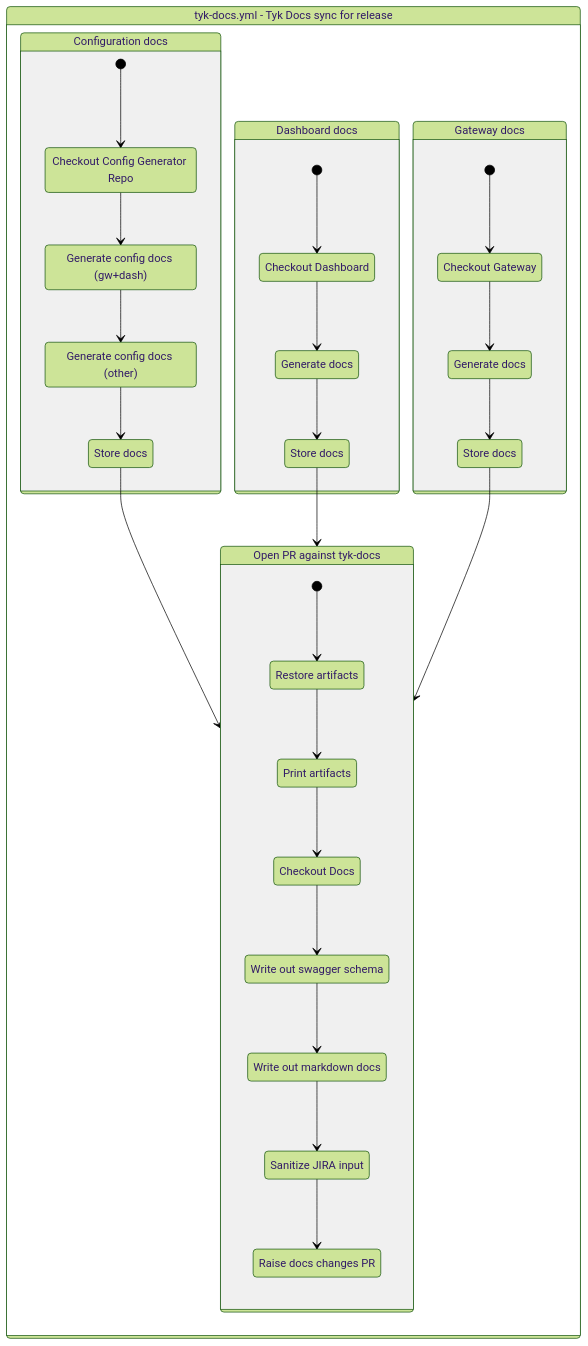
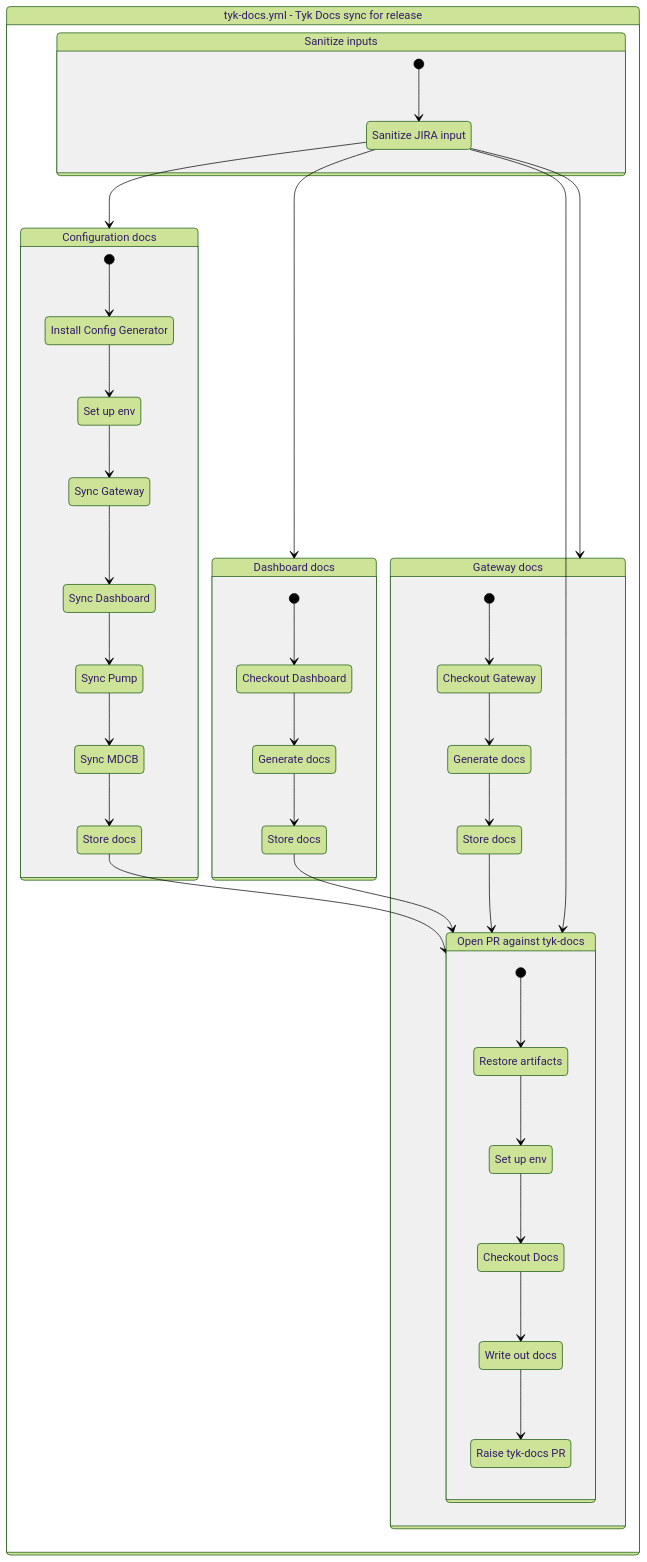
One commit to TykTechnologies/exp changed the diagram in docs/github-actions/exp/tyk-docs.yml.md. Above: the diagram before and after it, drawn with Mermaid (forest theme). The commit also changed 1 other file, not shown here.

Commit message:
Update tyk-docs workflow diagram

````diff
--- a/docs/github-actions/exp/tyk-docs.yml.md
+++ b/docs/github-actions/exp/tyk-docs.yml.md
@@ -3,58 +3,70 @@
 ```mermaid
 stateDiagram-v2
     workflow : tyk-docs.yml - Tyk Docs sync for release
     state workflow {
+        sanitize: Sanitize inputs
+        state sanitize {
+            [*] --> step0sanitize
+            step0sanitize : Sanitize JIRA input
+            step0sanitize --> configs
+            step0sanitize --> dashboard
+            step0sanitize --> finish
+            step0sanitize --> gateway
+        }
+
         configs: Configuration docs
         state configs {
             [*] --> step0configs
-            step0configs : Checkout Config Generator Repo
+            step0configs : Install Config Generator
             step0configs --> step1configs
-            step1configs : Generate config docs (gw+dash)
+            step1configs : Set up env
             step1configs --> step2configs
-            step2configs : Generate config docs (other)
+            step2configs : Sync Gateway
             step2configs --> step3configs
-            step3configs : Store docs
-            step3configs --> finish
+            step3configs : Sync Dashboard
+            step3configs --> step4configs
+            step4configs : Sync Pump
+            step4configs --> step5configs
+            step5configs : Sync MDCB
+            step5configs --> step6configs
+            step6configs : Store docs
+            step6configs --> finish
         }
 
         dashboard: Dashboard docs
         state dashboard {
             [*] --> step0dashboard
             step0dashboard : Checkout Dashboard
             step0dashboard --> step1dashboard
             step1dashboard : Generate docs
             step1dashboard --> step2dashboard
             step2dashboard : Store docs
             step2dashboard --> finish
         }
 
+        finish: Open PR against tyk-docs
+        state finish {
+            [*] --> step0finish
+            step0finish : Restore artifacts
+            step0finish --> step1finish
+            step1finish : Set up env
+            step1finish --> step2finish
+            step2finish : Checkout Docs
+            step2finish --> step3finish
+            step3finish : Write out docs
+            step3finish --> step4finish
+            step4finish : Raise tyk-docs PR
+        }
+
         gateway: Gateway docs
         state gateway {
             [*] --> step0gateway
             step0gateway : Checkout Gateway
             step0gateway --> step1gateway
             step1gateway : Generate docs
             step1gateway --> step2gateway
             step2gateway : Store docs
             step2gateway --> finish
         }
-
-        finish: Open PR against tyk-docs
-        state finish {
-            [*] --> step0finish
-            step0finish : Restore artifacts
-            step0finish --> step1finish
-            step1finish : Print artifacts
-            step1finish --> step2finish
-            step2finish : Checkout Docs
-            step2finish --> step3finish
-            step3finish : Write out swagger schema
-            step3finish --> step4finish
-            step4finish : Write out markdown docs
-            step4finish --> step5finish
-            step5finish : Sanitize JIRA input
-            step5finish --> step6finish
-            step6finish : Raise docs changes PR
-        }
     }
 ```
````
